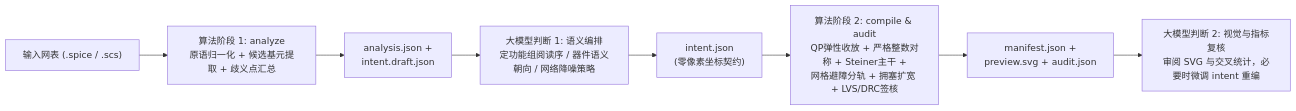
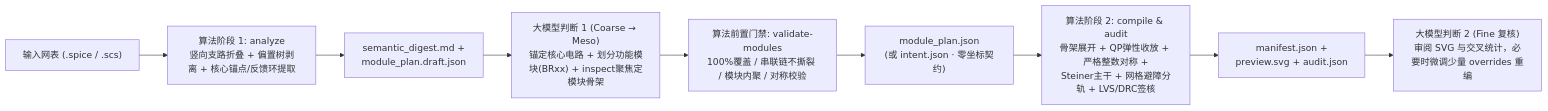
Before and after one commit to neoiik/analog-schem-gen: the diagram in docs/模算协同颗粒度规范.md, drawn with Mermaid. The commit also changed 38 other files, not shown here.

Commit message:
feat: release v0.3.3 with Coarse-to-Fine semantic extraction, composite analog topology support, and updated README

````diff
--- a/docs/模算协同颗粒度规范.md
+++ b/docs/模算协同颗粒度规范.md
@@ -15,10 +15,11 @@
 ```mermaid
 flowchart LR
-  N["输入网表 (.spice / .scs)"] --> A1["算法阶段 1: analyze\n原语归一化 + 候选基元提取 + 歧义点汇总"]
-  A1 --> J1["analysis.json +\nintent.draft.json"]
-  J1 --> L1["大模型判断 1: 语义编排\n定功能组阅读序 / 器件语义朝向 / 网络降噪策略"]
-  L1 --> J2["intent.json\n(零像素坐标契约)"]
-  J2 --> A2["算法阶段 2: compile & audit\nQP弹性收放 + 严格整数对称 + Steiner主干 +\n网格避障分轨 + 拥塞扩宽 + LVS/DRC签核"]
+  N["输入网表 (.spice / .scs)"] --> A1["算法阶段 1: analyze\n竖向支路折叠 + 偏置树剥离 + 核心锚点/反馈环提取"]
+  A1 --> J1["semantic_digest.md +\nmodule_plan.draft.json"]
+  J1 --> L1["大模型判断 1 (Coarse → Meso)\n锚定核心电路 + 划分功能模块(BRxx) + inspect聚焦定模块骨架"]
+  L1 --> V1["算法前置门禁: validate-modules\n100%覆盖 / 串联链不撕裂 / 模块内聚 / 对称校验"]
+  V1 --> J2["module_plan.json\n(或 intent.json · 零坐标契约)"]
+  J2 --> A2["算法阶段 2: compile & audit\n骨架展开 + QP弹性收放 + 严格整数对称 +\nSteiner主干 + 网格避障分轨 + LVS/DRC签核"]
   A2 --> J3["manifest.json +\npreview.svg + audit.json"]
-  J3 --> L2["大模型判断 2: 视觉与指标复核\n审阅 SVG 与交叉统计，必要时微调 intent 重编"]
+  J3 --> L2["大模型判断 2 (Fine 复核)\n审阅 SVG 与交叉统计，必要时微调少量 overrides 重编"]
 ```
````
